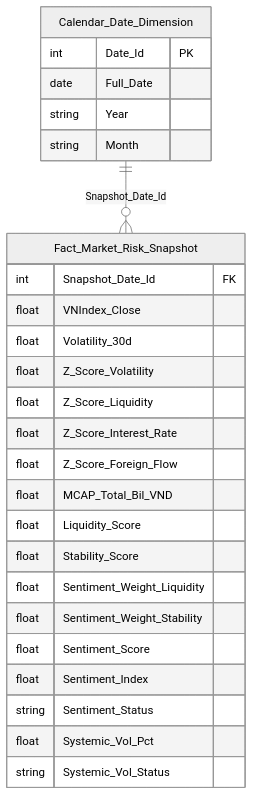
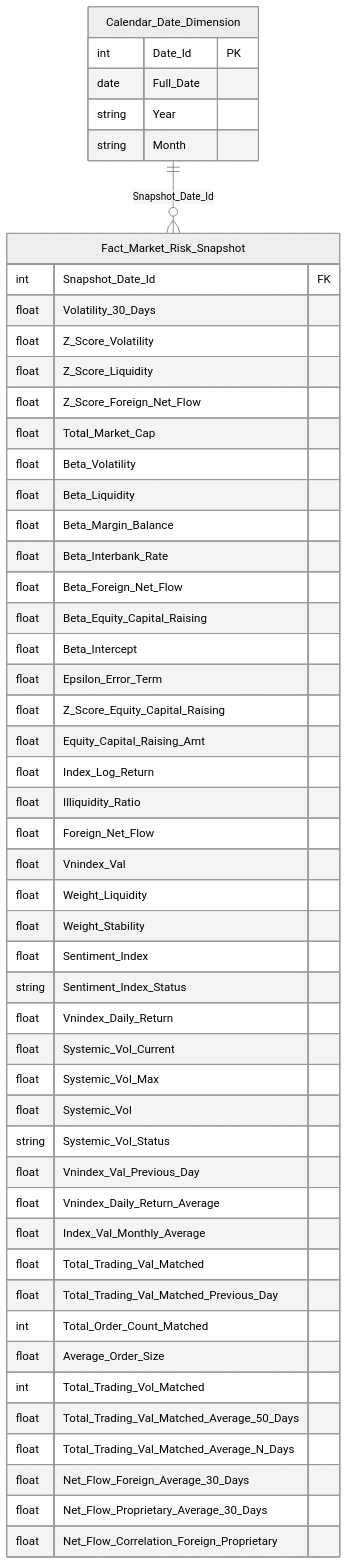
One commit to linhlvit/ubck_atomic_design changed diagram 15 of 55 in Datamart/hld/DTM_PTTT_HLD.md. Above: the diagram before and after it, drawn with Mermaid (neutral theme). The commit also changed other lines of this file and 60 other files, not shown here.

````diff
--- a/Datamart/hld/DTM_PTTT_HLD.md
+++ b/Datamart/hld/DTM_PTTT_HLD.md
@@ -693,29 +744,54 @@
 ```mermaid
 erDiagram
     Fact_Market_Risk_Snapshot {
         int Snapshot_Date_Id FK
-        float VNIndex_Close
-        float Volatility_30d
+        float Volatility_30_Days
         float Z_Score_Volatility
         float Z_Score_Liquidity
-        float Z_Score_Interest_Rate
-        float Z_Score_Foreign_Flow
-        float MCAP_Total_Bil_VND
-        float Liquidity_Score
-        float Stability_Score
-        float Sentiment_Weight_Liquidity
-        float Sentiment_Weight_Stability
-        float Sentiment_Score
+        float Z_Score_Foreign_Net_Flow
+        float Total_Market_Cap
+        float Beta_Volatility
+        float Beta_Liquidity
+        float Beta_Margin_Balance
+        float Beta_Interbank_Rate
+        float Beta_Foreign_Net_Flow
+        float Beta_Equity_Capital_Raising
+        float Beta_Intercept
+        float Epsilon_Error_Term
+        float Z_Score_Equity_Capital_Raising
+        float Equity_Capital_Raising_Amt
+        float Index_Log_Return
+        float Illiquidity_Ratio
+        float Foreign_Net_Flow
+        float Vnindex_Val
+        float Weight_Liquidity
+        float Weight_Stability
         float Sentiment_Index
-        string Sentiment_Status
-        float Systemic_Vol_Pct
+        string Sentiment_Index_Status
+        float Vnindex_Daily_Return
+        float Systemic_Vol_Current
+        float Systemic_Vol_Max
+        float Systemic_Vol
         string Systemic_Vol_Status
+        float Vnindex_Val_Previous_Day
+        float Vnindex_Daily_Return_Average
+        float Index_Val_Monthly_Average
+        float Total_Trading_Val_Matched
+        float Total_Trading_Val_Matched_Previous_Day
+        int Total_Order_Count_Matched
+        float Average_Order_Size
+        int Total_Trading_Vol_Matched
+        float Total_Trading_Val_Matched_Average_50_Days
+        float Total_Trading_Val_Matched_Average_N_Days
+        float Net_Flow_Foreign_Average_30_Days
+        float Net_Flow_Proprietary_Average_30_Days
+        float Net_Flow_Correlation_Foreign_Proprietary
     }
     Calendar_Date_Dimension {
         int Date_Id PK
         date Full_Date
         string Year
         string Month
     }
     Calendar_Date_Dimension ||--o{ Fact_Market_Risk_Snapshot : "Snapshot_Date_Id"
 ```
````
